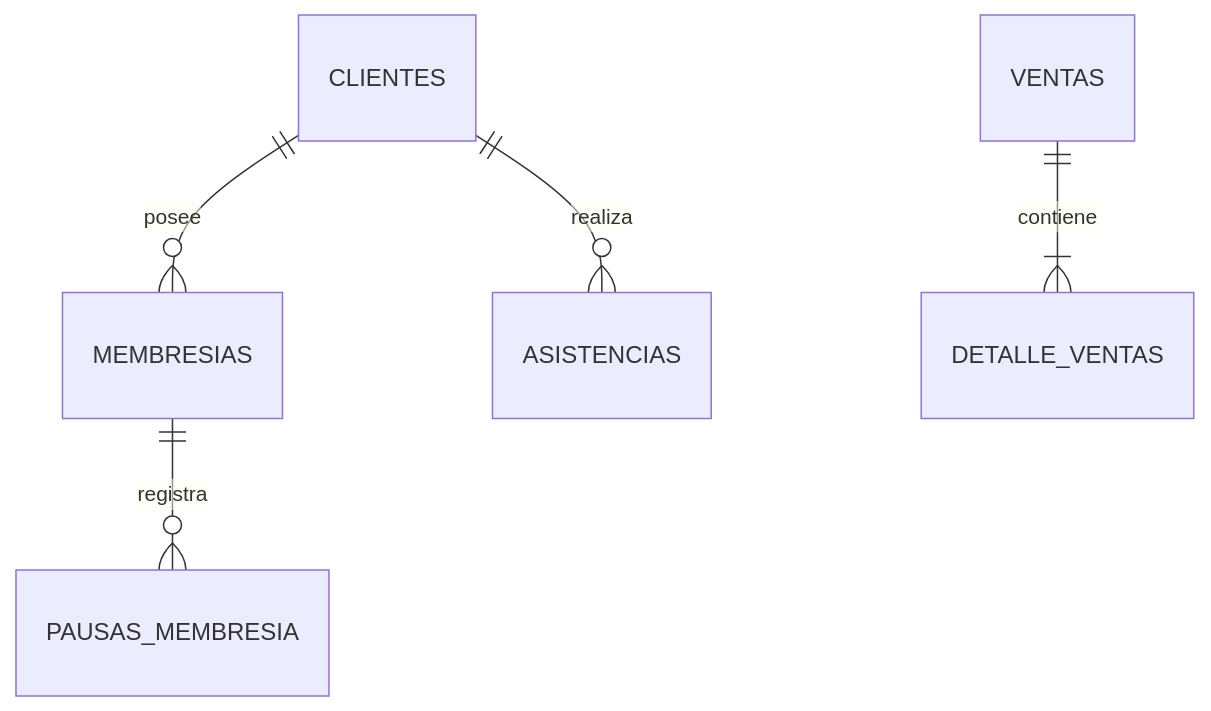
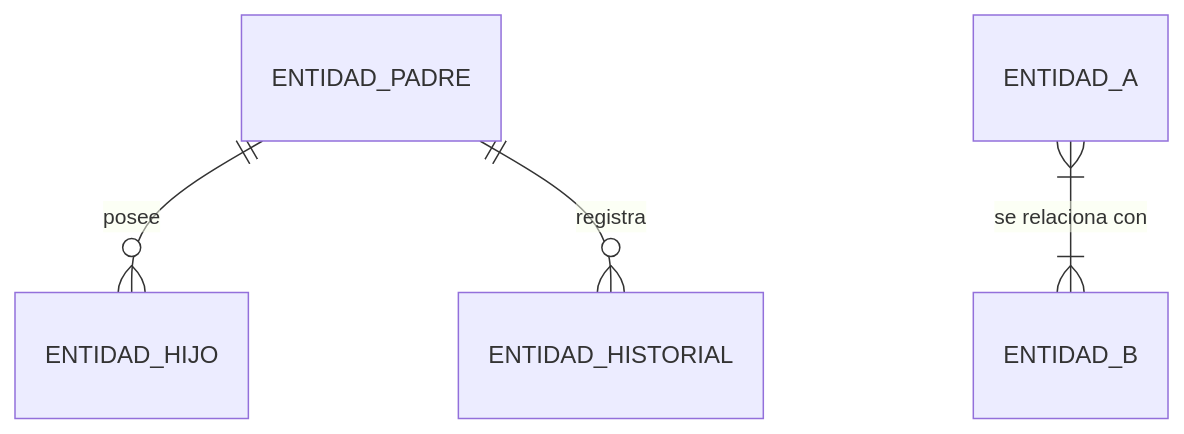
One commit to danalarc110-blip/alfa-fitness changed the diagram in .agents/agents/creador-diagramas/agent.md. Above: the diagram before and after it, drawn with Mermaid. The commit also changed other lines of this file and 13 other files, not shown here.

````diff
--- a/.agents/agents/creador-diagramas/agent.md
+++ b/.agents/agents/creador-diagramas/agent.md
@@ -66,7 +85,6 @@
-  ```mermaid
-  erDiagram
-      CLIENTES ||--o{ MEMBRESIAS : "posee"
-      MEMBRESIAS ||--o{ PAUSAS_MEMBRESIA : "registra"
-      CLIENTES ||--o{ ASISTENCIAS : "realiza"
-      VENTAS ||--|{ DETALLE_VENTAS : "contiene"
-  ```
+```mermaid
+erDiagram
+    ENTIDAD_PADRE ||--o{ ENTIDAD_HIJO : "posee"
+    ENTIDAD_PADRE ||--o{ ENTIDAD_HISTORIAL : "registra"
+    ENTIDAD_A }|--|{ ENTIDAD_B : "se relaciona con"
+```
````
